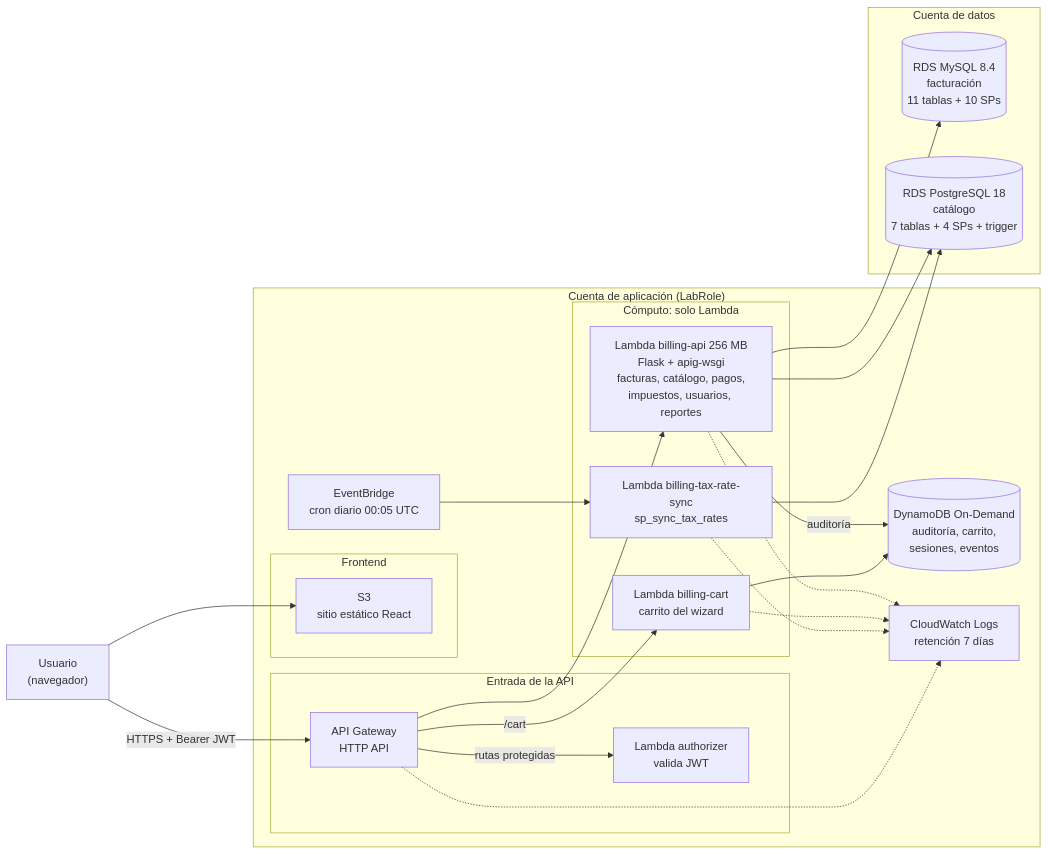
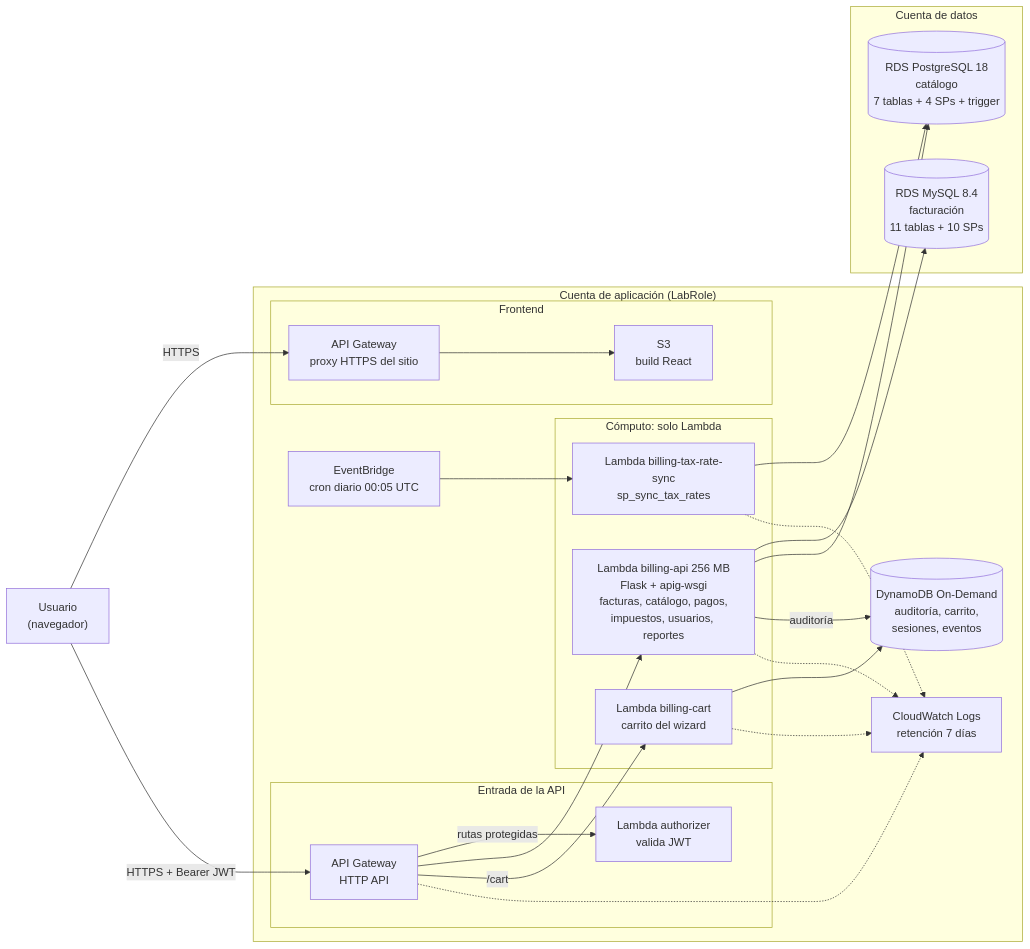
The diagram in docs/01-arquitectura-aws.md (getsai18/optativateam), drawn with Mermaid before and after one commit. The commit also changed other lines of this file and 15 other files, not shown here.

````diff
--- a/docs/01-arquitectura-aws.md
+++ b/docs/01-arquitectura-aws.md
@@ -5,46 +5,48 @@
 ```mermaid
 flowchart LR
     U["Usuario<br/>(navegador)"]
 
     subgraph APP["Cuenta de aplicación (LabRole)"]
     subgraph FE["Frontend"]
-        S3["S3<br/>sitio estático React"]
+        CF["API Gateway<br/>proxy HTTPS del sitio"]
+        S3["S3<br/>build React"]
     end
 
     subgraph API["Entrada de la API"]
         APIGW["API Gateway<br/>HTTP API"]
         AUTH["Lambda authorizer<br/>valida JWT"]
     end
 
     subgraph COMPUTE["Cómputo: solo Lambda"]
         L_API["Lambda billing-api 256 MB<br/>Flask + apig-wsgi<br/>facturas, catálogo, pagos,<br/>impuestos, usuarios, reportes"]
         L_CART["Lambda billing-cart<br/>carrito del wizard"]
         L_TAX["Lambda billing-tax-rate-sync<br/>sp_sync_tax_rates"]
     end
 
     DDB[("DynamoDB On-Demand<br/>auditoría, carrito,<br/>sesiones, eventos")]
     EB["EventBridge<br/>cron diario 00:05 UTC"]
     CW["CloudWatch Logs<br/>retención 7 días"]
     end
 
     subgraph DATA["Cuenta de datos"]
         MYSQL[("RDS MySQL 8.4<br/>facturación<br/>11 tablas + 10 SPs")]
         PG[("RDS PostgreSQL 18<br/>catálogo<br/>7 tablas + 4 SPs + trigger")]
     end
 
-    U --> S3
+    U -->|"HTTPS"| CF
+    CF --> S3
     U -->|"HTTPS + Bearer JWT"| APIGW
     APIGW -->|"rutas protegidas"| AUTH
     APIGW --> L_API
     APIGW -->|"/cart"| L_CART
     L_API --> MYSQL
     L_API --> PG
     L_API -->|"auditoría"| DDB
     L_CART --> DDB
     EB --> L_TAX
     L_TAX --> PG
     L_API -.-> CW
     L_CART -.-> CW
     L_TAX -.-> CW
     APIGW -.-> CW
 ```
````
